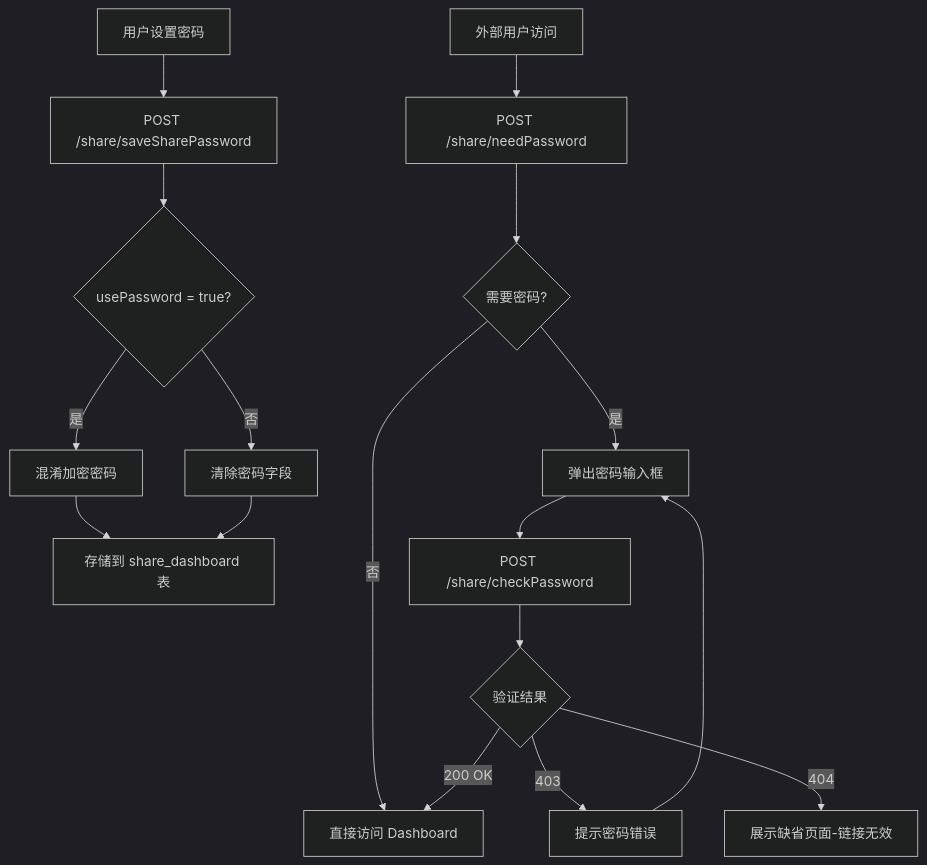
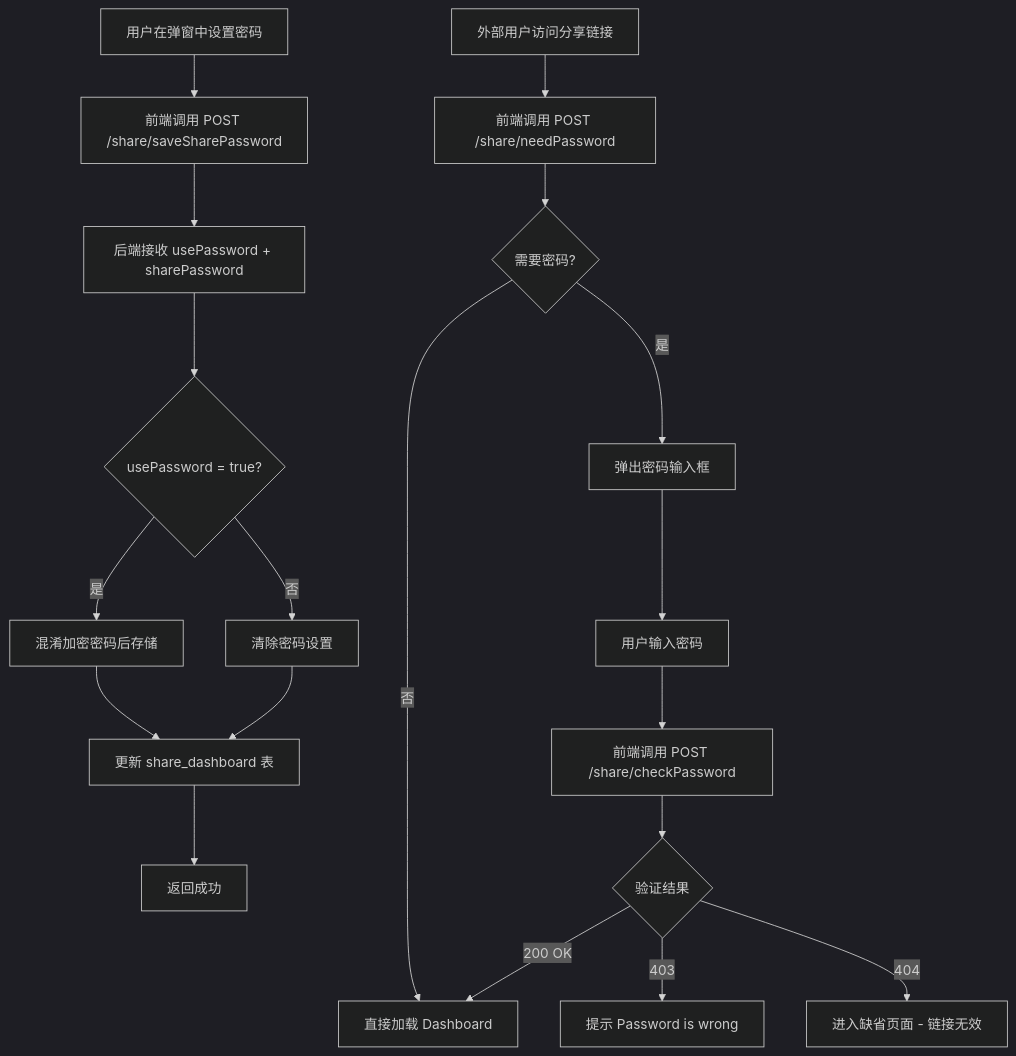
Before and after one commit to suoweiwei-pacvue/document-automation: the second of 5 diagrams in output/03-share-link.md, drawn with Mermaid (dark theme). The commit also changed other lines of this file and 55 other files, not shown here.

````diff
--- a/output/03-share-link.md
+++ b/output/03-share-link.md
@@ -466,20 +478,22 @@
 ```mermaid
 flowchart TD
-    A[用户设置密码] --> B[POST /share/saveSharePassword]
-    B --> C{usePassword = true?}
-    C -->|是| D[混淆加密密码]
-    D --> E[存储到 share_dashboard 表]
-    C -->|否| F[清除密码字段]
-    F --> E
-    
-    G[外部用户访问] --> H[POST /share/needPassword]
-    H --> I{需要密码?}
-    I -->|否| J[直接访问 Dashboard]
-    I -->|是| K[弹出密码输入框]
-    K --> L[POST /share/checkPassword]
-    L --> M{验证结果}
-    M -->|200 OK| J
-    M -->|403| N[提示密码错误]
-    N --> K
-    M -->|404| O[展示缺省页面-链接无效]
+    A[用户在弹窗中设置密码] --> B[前端调用 POST /share/saveSharePassword]
+    B --> C[后端接收 usePassword + sharePassword]
+    C --> D{usePassword = true?}
+    D -->|是| E[混淆加密密码后存储]
+    D -->|否| F[清除密码设置]
+    E --> G[更新 share_dashboard 表]
+    F --> G
+    G --> H[返回成功]
+
+    I[外部用户访问分享链接] --> J[前端调用 POST /share/needPassword]
+    J --> K{需要密码?}
+    K -->|否| L[直接加载 Dashboard]
+    K -->|是| M[弹出密码输入框]
+    M --> N[用户输入密码]
+    N --> O[前端调用 POST /share/checkPassword]
+    O --> P{验证结果}
+    P -->|200 OK| L
+    P -->|403| Q[提示 Password is wrong]
+    P -->|404| R[进入缺省页面 - 链接无效]
 ```
````
